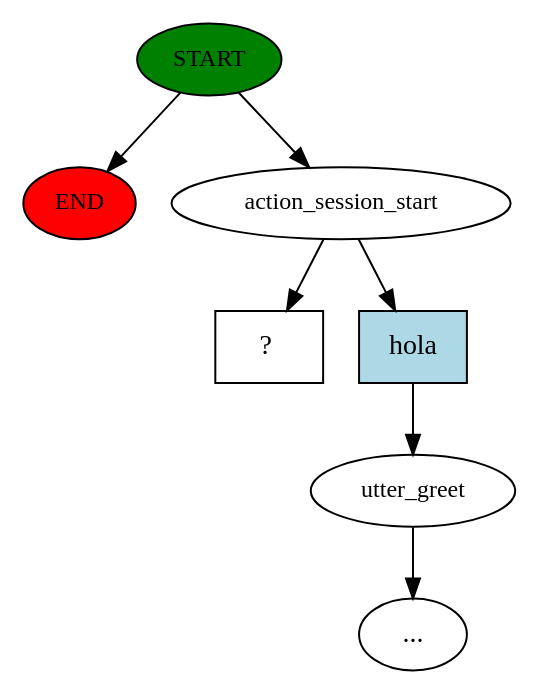
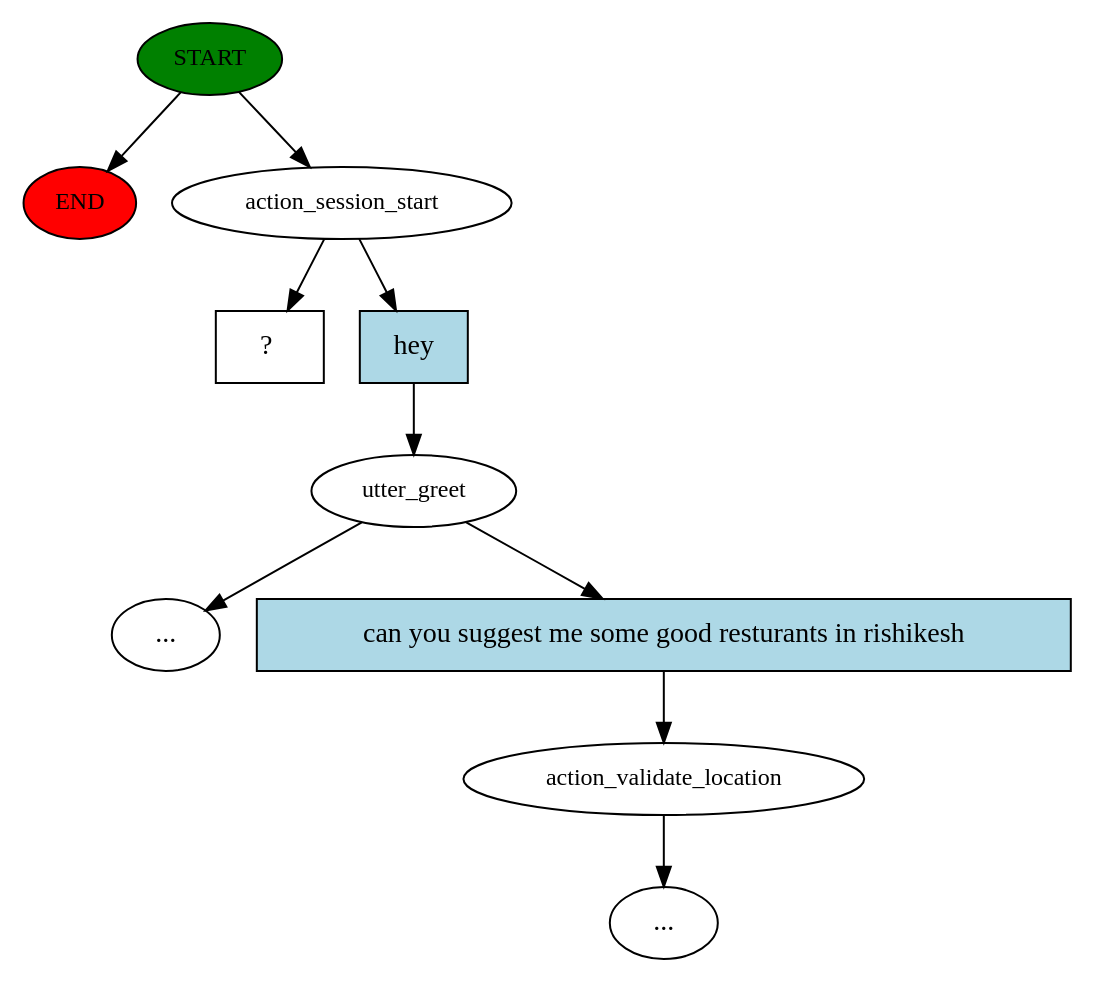
One commit to gauravchopra/BotUsingRasa changed the diagram in story_graph.dot. Above: the diagram before and after it, drawn with Graphviz. The commit also changed 8 other files, not shown here.

```diff
--- a/story_graph.dot
+++ b/story_graph.dot
@@ -1,15 +1,21 @@
 digraph  {
 0 [class="start active", fillcolor=green, fontsize=12, label=START, style=filled];
 "-1" [class=end, fillcolor=red, fontsize=12, label=END, style=filled];
 1 [class=active, fontsize=12, label=action_session_start];
 2 [class="", fontsize=12, label=utter_greet];
 "-3" [class=ellipsis, label="..."];
-4 [class="intent dashed active", label="  ?  ", shape=rect];
-5 [class=intent, fillcolor=lightblue, label=hola, shape=rect, style=filled];
+5 [class="", fontsize=12, label=action_validate_location];
+"-4" [class=ellipsis, label="..."];
+7 [class="intent dashed active", label="  ?  ", shape=rect];
+8 [class=intent, fillcolor=lightblue, label=hey, shape=rect, style=filled];
+9 [class=intent, fillcolor=lightblue, label="can you suggest me some good resturants in rishikesh", shape=rect, style=filled];
 0 -> "-1"  [class="", key=NONE, label=""];
 0 -> 1  [class=active, key=NONE, label=""];
-1 -> 4  [class=active, key=NONE, label=""];
-1 -> 5  [class="", key=0];
+1 -> 7  [class=active, key=NONE, label=""];
+1 -> 8  [class="", key=0];
 2 -> "-3"  [class="", key=NONE, label=""];
-5 -> 2  [class="", key=0];
+2 -> 9  [class="", key=0];
+5 -> "-4"  [class="", key=NONE, label=""];
+8 -> 2  [class="", key=0];
+9 -> 5  [class="", key=0];
 }
```
